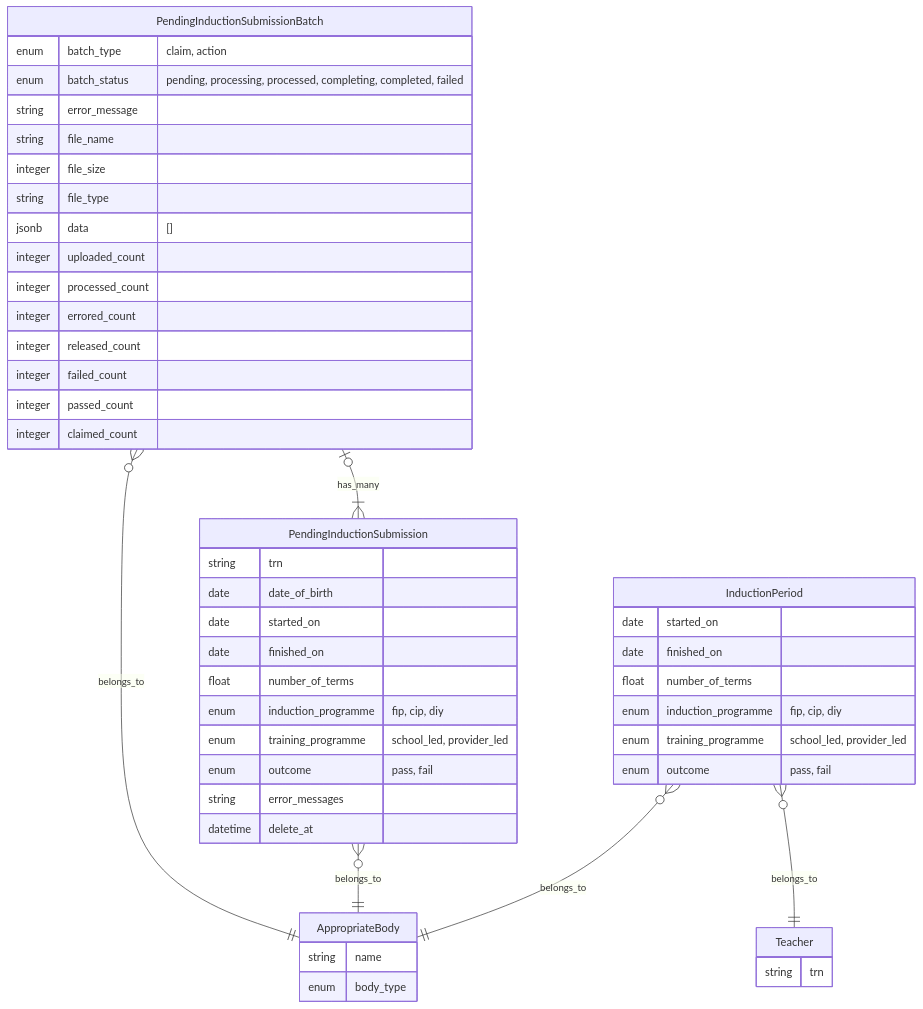
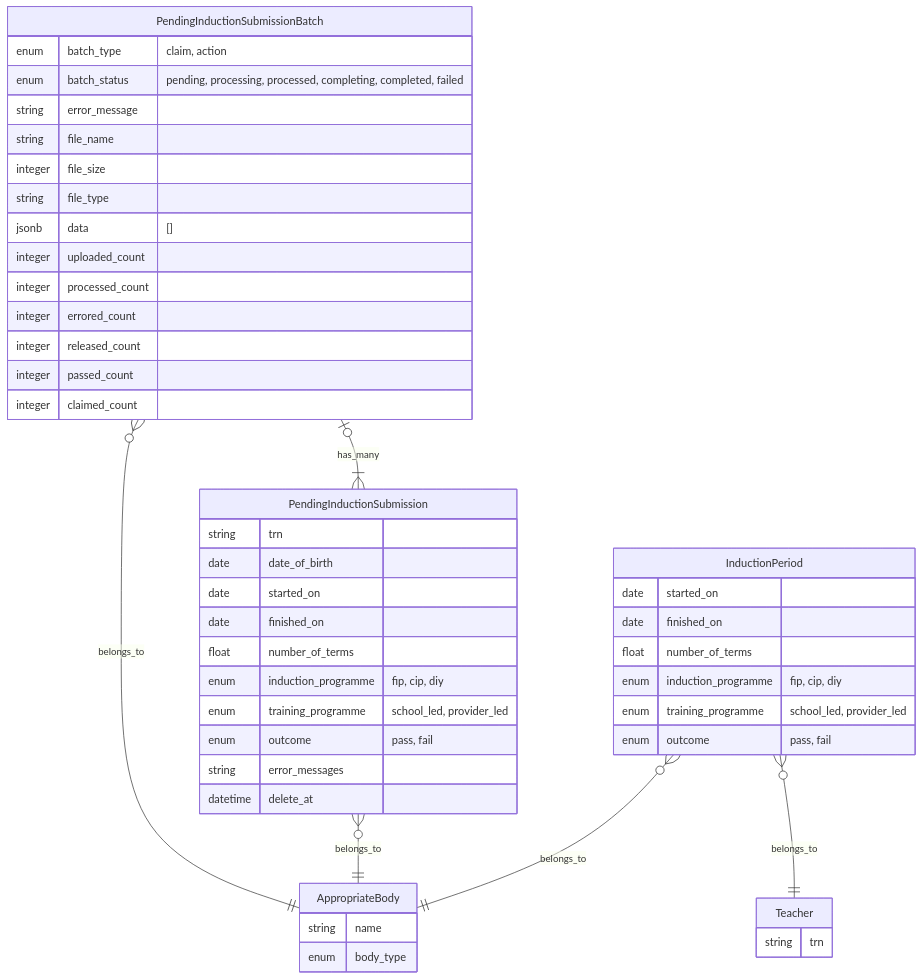
The diagram in documentation/csv-processing.md (DFE-Digital/register-early-career-teachers-public), drawn with Mermaid before and after one commit. The commit also changed other lines of this file and 20 other files, not shown here.

````diff
--- a/documentation/csv-processing.md
+++ b/documentation/csv-processing.md
@@ -8,57 +8,56 @@
 ```mermaid
 erDiagram
 
   AppropriateBody {
     string name
     enum body_type
   }
 
   PendingInductionSubmissionBatch {
     enum batch_type "claim, action"
     enum batch_status "pending, processing, processed, completing, completed, failed"
     string error_message
     string file_name
     integer file_size
     string file_type
     jsonb data "[]"
     integer uploaded_count
     integer processed_count
     integer errored_count
     integer released_count
-    integer failed_count
     integer passed_count
     integer claimed_count
   }
 
   PendingInductionSubmission {
     string trn
     date date_of_birth
     date started_on
     date finished_on
     float number_of_terms
     enum induction_programme "fip, cip, diy"
     enum training_programme "school_led, provider_led"
     enum outcome "pass, fail"
     string error_messages
     datetime delete_at
   }
 
   Teacher {
     string trn
   }
 
   InductionPeriod {
     date started_on
     date finished_on
     float number_of_terms
     enum induction_programme "fip, cip, diy"
     enum training_programme "school_led, provider_led"
     enum outcome "pass, fail"
   }
 
   PendingInductionSubmissionBatch |o--|{ PendingInductionSubmission : has_many
   PendingInductionSubmissionBatch }o--|| AppropriateBody : belongs_to
   PendingInductionSubmission }o--|| AppropriateBody : belongs_to
   InductionPeriod }o--|| AppropriateBody : belongs_to
   InductionPeriod }o--|| Teacher : belongs_to
 ```
````
